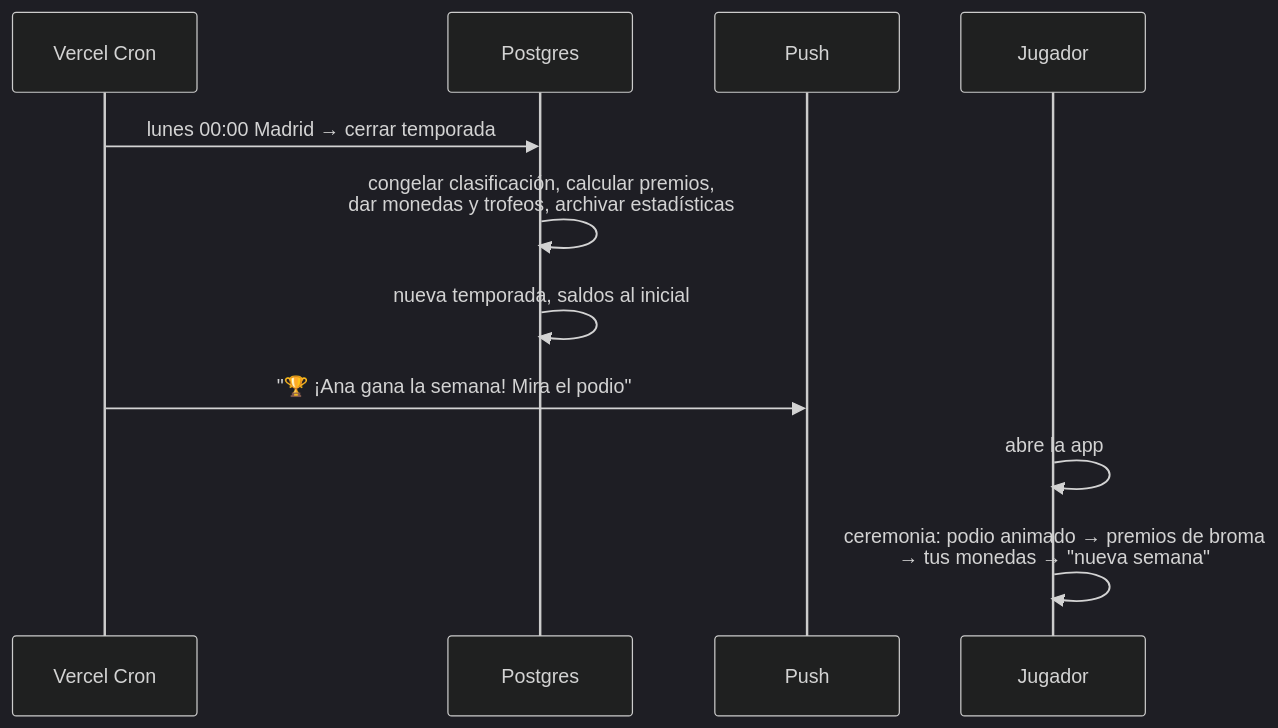
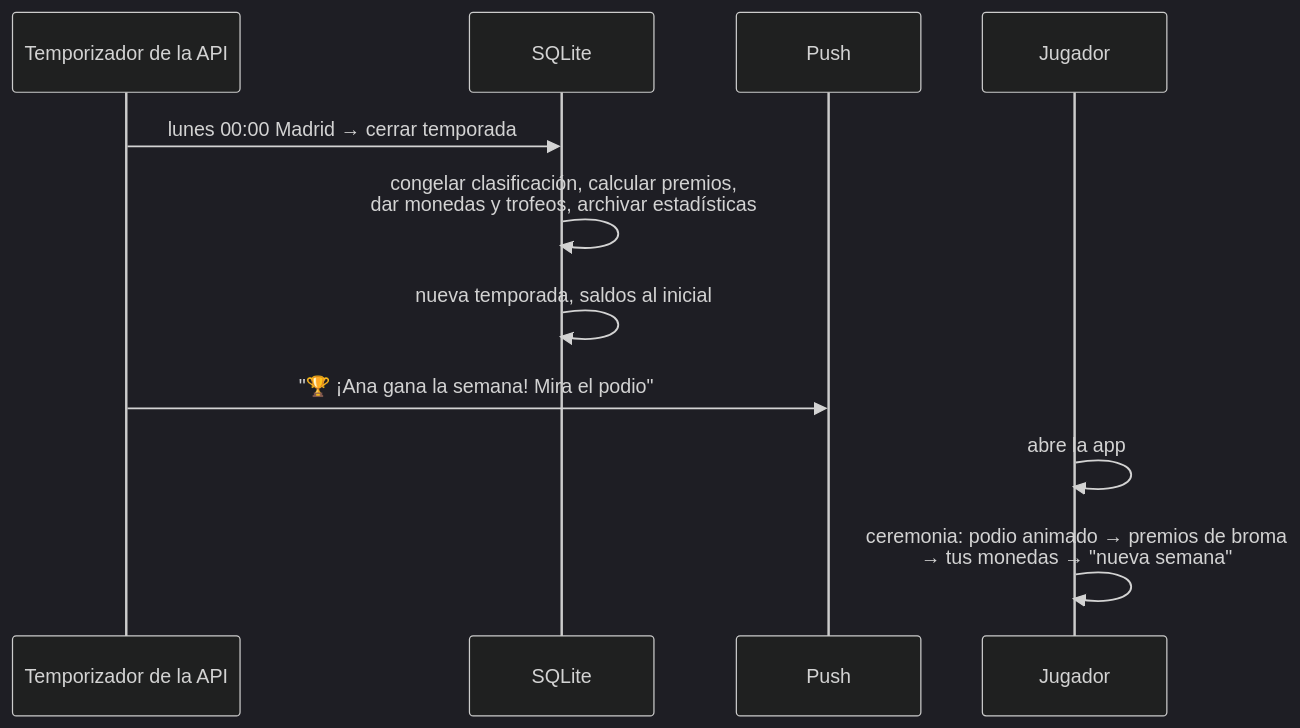
One commit to Ronambulo/BlackjackWithFriends changed the seventh of 7 diagrams in docs/DISENO.md. Above: the diagram before and after it, drawn with Mermaid (dark theme). The commit also changed other lines of this file and 1 other file, not shown here.

````diff
--- a/docs/DISENO.md
+++ b/docs/DISENO.md
@@ -333,14 +326,14 @@
 ```mermaid
 sequenceDiagram
-  participant C as Vercel Cron
-  participant DB as Postgres
+  participant C as Temporizador de la API
+  participant DB as SQLite
   participant P as Push
   participant J as Jugador
 
   C->>DB: lunes 00:00 Madrid → cerrar temporada
   DB->>DB: congelar clasificación, calcular premios,<br/>dar monedas y trofeos, archivar estadísticas
   DB->>DB: nueva temporada, saldos al inicial
   C->>P: "🏆 ¡Ana gana la semana! Mira el podio"
   J->>J: abre la app
   J->>J: ceremonia: podio animado → premios de broma<br/>→ tus monedas → "nueva semana"
 ```
````
